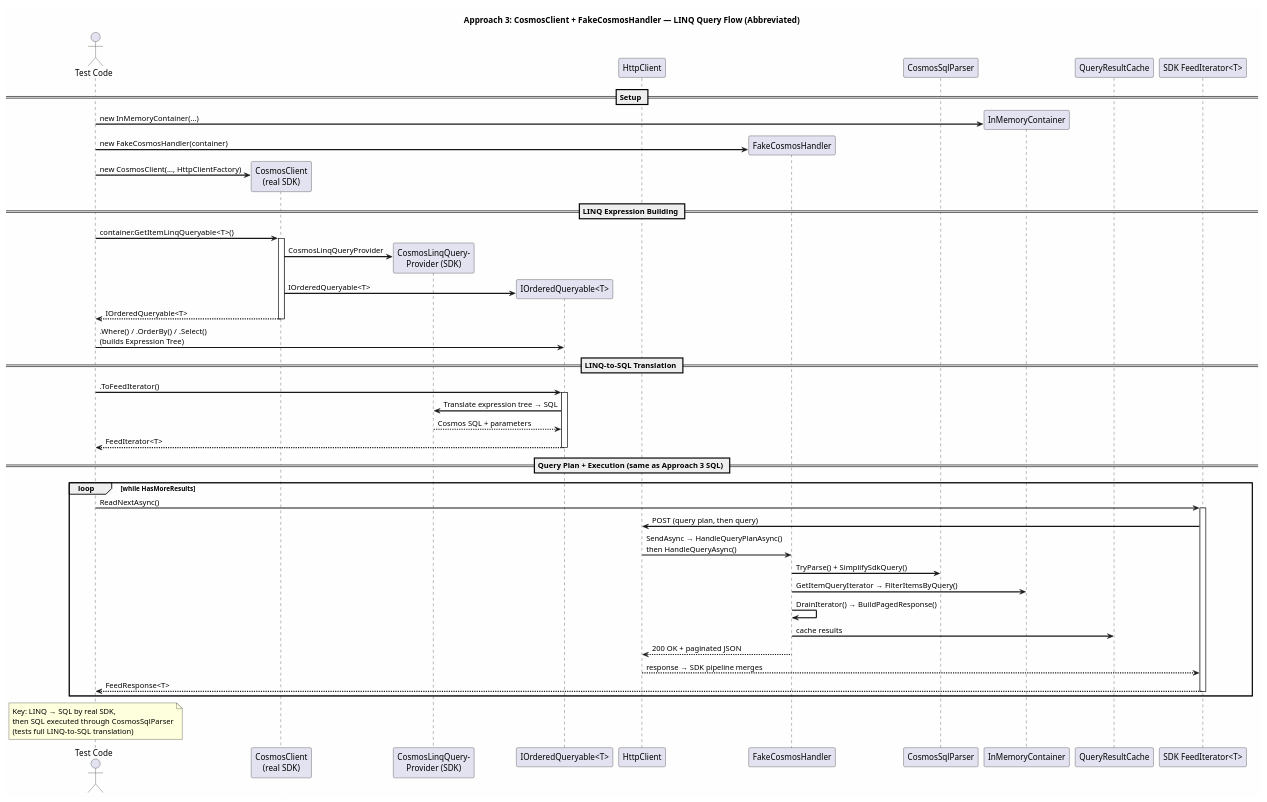
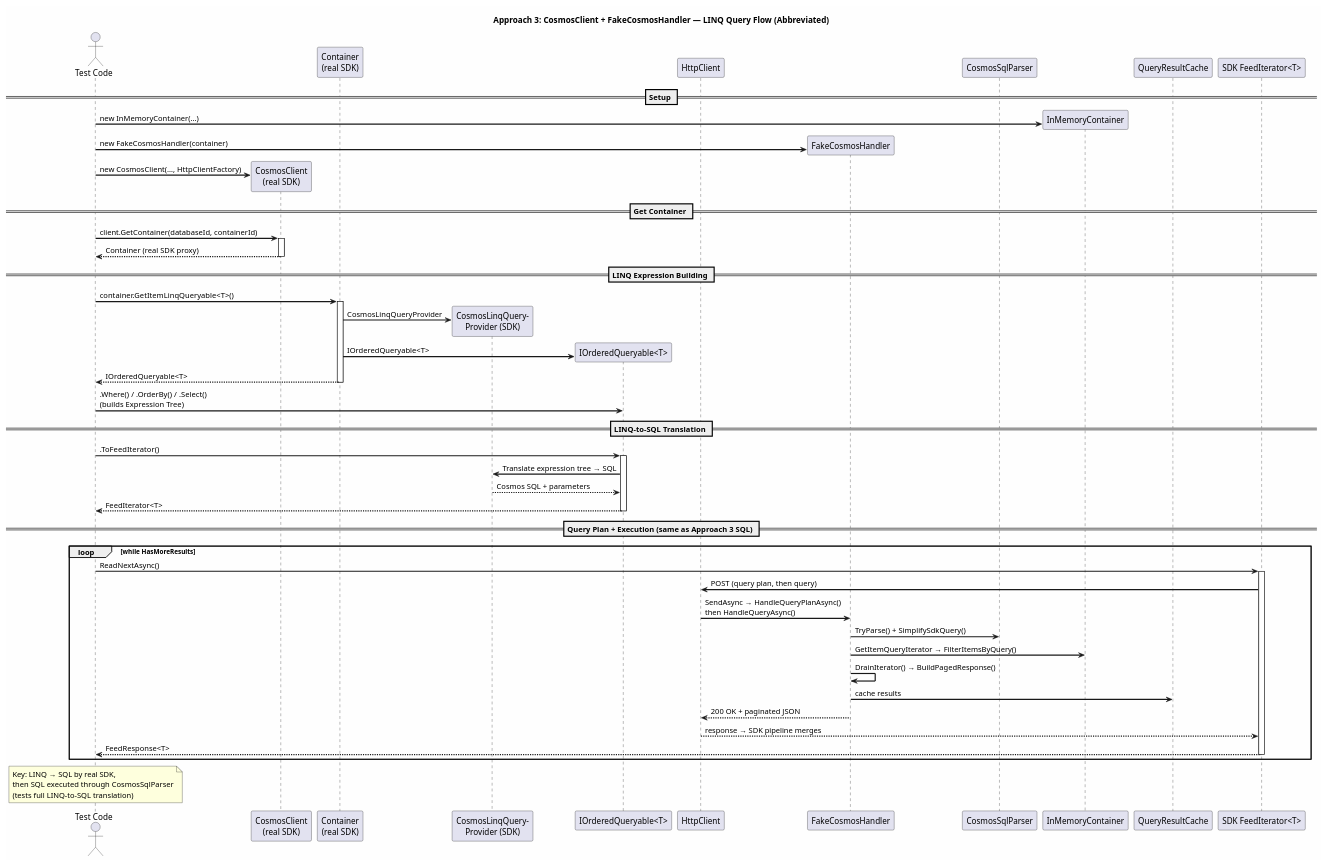
Before and after one commit to lemonlion/CosmosDB.InMemoryEmulator: the diagram in plans/diagrams/abbreviated/approach3-linq.puml, drawn with PlantUML. The commit also changed 23 other files, not shown here.

```diff
--- a/plans/diagrams/abbreviated/approach3-linq.puml
+++ b/plans/diagrams/abbreviated/approach3-linq.puml
@@ -1,57 +1,62 @@
 @startuml approach3-linq-abbreviated
 title **Approach 3: CosmosClient + FakeCosmosHandler — LINQ Query Flow (Abbreviated)**
 
 skinparam backgroundColor #FEFEFE
 skinparam sequenceArrowThickness 2
 
 actor "Test Code" as Test
 participant "CosmosClient\n(real SDK)" as SDK
+participant "Container\n(real SDK)" as SDKContainer
 participant "CosmosLinqQuery-\nProvider (SDK)" as LinqProvider
 participant "IOrderedQueryable<T>" as Queryable
 participant "HttpClient" as Http
 participant "FakeCosmosHandler" as Handler
 participant "CosmosSqlParser" as Parser
 participant "InMemoryContainer" as IMC
 participant "QueryResultCache" as Cache
 participant "SDK FeedIterator<T>" as SDKIter
 
 == Setup ==
 Test -> IMC ** : new InMemoryContainer(…)
 Test -> Handler ** : new FakeCosmosHandler(container)
 Test -> SDK ** : new CosmosClient(…, HttpClientFactory)
 
+== Get Container ==
+Test -> SDK ++ : client.GetContainer(databaseId, containerId)
+SDK --> Test -- : Container (real SDK proxy)
+
 == LINQ Expression Building ==
-Test -> SDK ++ : container.GetItemLinqQueryable<T>()
-SDK -> LinqProvider ** : CosmosLinqQueryProvider
-SDK -> Queryable ** : IOrderedQueryable<T>
-SDK --> Test -- : IOrderedQueryable<T>
+Test -> SDKContainer ++ : container.GetItemLinqQueryable<T>()
+SDKContainer -> LinqProvider ** : CosmosLinqQueryProvider
+SDKContainer -> Queryable ** : IOrderedQueryable<T>
+SDKContainer --> Test -- : IOrderedQueryable<T>
 
 Test -> Queryable : .Where() / .OrderBy() / .Select()\n(builds Expression Tree)
 
 == LINQ-to-SQL Translation ==
 Test -> Queryable ++ : .ToFeedIterator()
 Queryable -> LinqProvider : Translate expression tree → SQL
 LinqProvider --> Queryable : Cosmos SQL + parameters
 Queryable --> Test -- : FeedIterator<T>
 
 == Query Plan + Execution (same as Approach 3 SQL) ==
 loop while HasMoreResults
   Test -> SDKIter ++ : ReadNextAsync()
   SDKIter -> Http : POST (query plan, then query)
   Http -> Handler : SendAsync → HandleQueryPlanAsync()\nthen HandleQueryAsync()
   Handler -> Parser : TryParse() + SimplifySdkQuery()
   Handler -> IMC : GetItemQueryIterator → FilterItemsByQuery()
   Handler -> Handler : DrainIterator() → BuildPagedResponse()
   Handler -> Cache : cache results
   Handler --> Http : 200 OK + paginated JSON
   Http --> SDKIter : response → SDK pipeline merges
   SDKIter --> Test -- : FeedResponse<T>
 end
 
 note over Test
   Key: LINQ → SQL by real SDK,
   then SQL executed through CosmosSqlParser
   (tests full LINQ-to-SQL translation)
 end note
 
 @enduml
```
